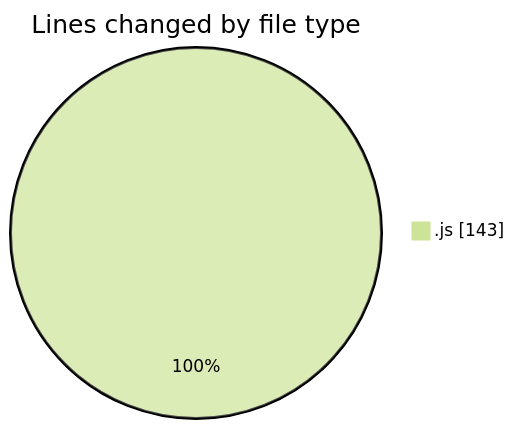
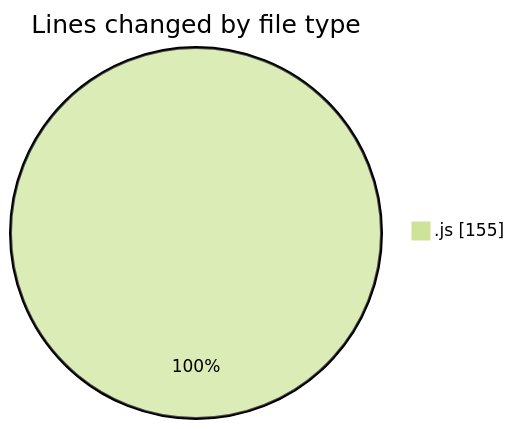
The first of 2 diagrams in 2025-07-19/mern-workoutboard/README.md (Ritupan-Deka/code-tracking), drawn with Mermaid (forest theme) before and after one commit. The commit also changed other lines of this file and 1 other file, not shown here.

````diff
--- a/2025-07-19/mern-workoutboard/README.md
+++ b/2025-07-19/mern-workoutboard/README.md
@@ -21,5 +21,5 @@
 ```mermaid
 pie showData
 title Lines changed by file type
-".js" : 143
+".js" : 155
 ```
````
